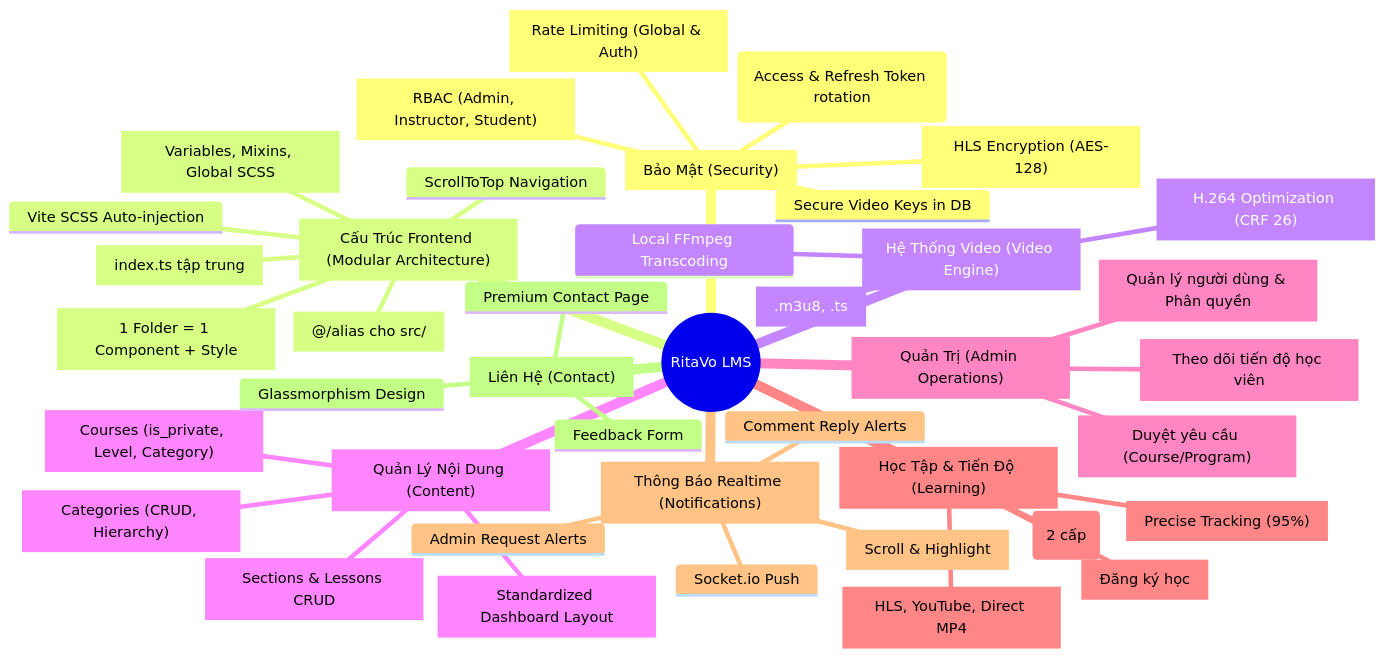
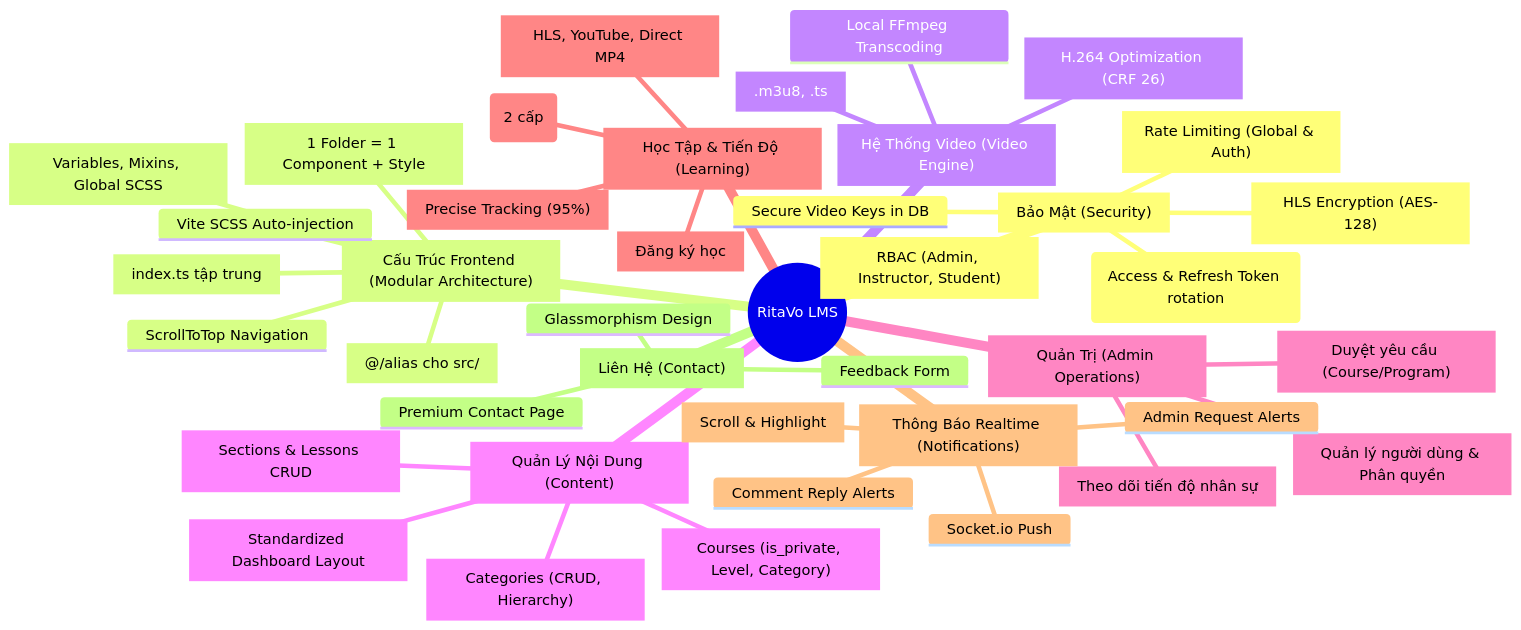
The diagram in ProjectInfo/MINDMAP.md (NguyenHongPhuc-2455/LMS), drawn with Mermaid before and after one commit. The commit also changed other lines of this file and 77 other files, not shown here.

````diff
--- a/ProjectInfo/MINDMAP.md
+++ b/ProjectInfo/MINDMAP.md
@@ -7,44 +7,44 @@
 ```mermaid
 mindmap
     root((RitaVo LMS))
       Bảo Mật["Bảo Mật (Security)"]
         JWT Authentication (Access & Refresh Token rotation)
         RBAC["RBAC (Admin, Instructor, Student)"]
         HLS Encryption["HLS Encryption (AES-128)"]
         Rate Limiting["Rate Limiting (Global & Auth)"]
         Secure Video Keys in DB
       Cấu Trúc Frontend["Cấu Trúc Frontend (Modular Architecture)"]
         Folder-based Components["1 Folder = 1 Component + Style"]
         Barrel Exports["index.ts tập trung"]
         Global Style System["Variables, Mixins, Global SCSS"]
         Vite SCSS Auto-injection
         Absolute Imports["@/alias cho src/"]
         ScrollToTop Navigation
       Hệ Thống Video["Hệ Thống Video (Video Engine)"]
         Local FFmpeg Transcoding
         H.264 Optimization["H.264 Optimization (CRF 26)"]
         HLS Streaming[".m3u8, .ts"]
       Quản Lý Nội Dung["Quản Lý Nội Dung (Content)"]
         Categories["Categories (CRUD, Hierarchy)"]
         Courses["Courses (is_private, Level, Category)"]
         Sections & Lessons["Sections & Lessons CRUD"]
         Standardized UI["Standardized Dashboard Layout"]
       Quản Trị ["Quản Trị (Admin Operations)"]
         Request Tracking["Duyệt yêu cầu (Course/Program)"]
-        Progress Monitoring["Theo dõi tiến độ học viên"]
+        Progress Monitoring["Theo dõi tiến độ nhân sự"]
         User Management["Quản lý người dùng & Phân quyền"]
       Học Tập["Học Tập & Tiến Độ (Learning)"]
         Enrollment["Đăng ký học"]
         Lesson Completion Tracking["Precise Tracking (95%)"]
         Multi-Source Video["HLS, YouTube, Direct MP4"]
         Bình luận Facebook-style (2 cấp)
       Thông Báo["Thông Báo Realtime (Notifications)"]
         Socket.io Push
         Comment Reply Alerts
         Admin Request Alerts
         Click to Navigate["Scroll & Highlight"]
       Liên Hệ["Liên Hệ (Contact)"]
         Premium Contact Page
         Glassmorphism Design
         Feedback Form
 ```
````
